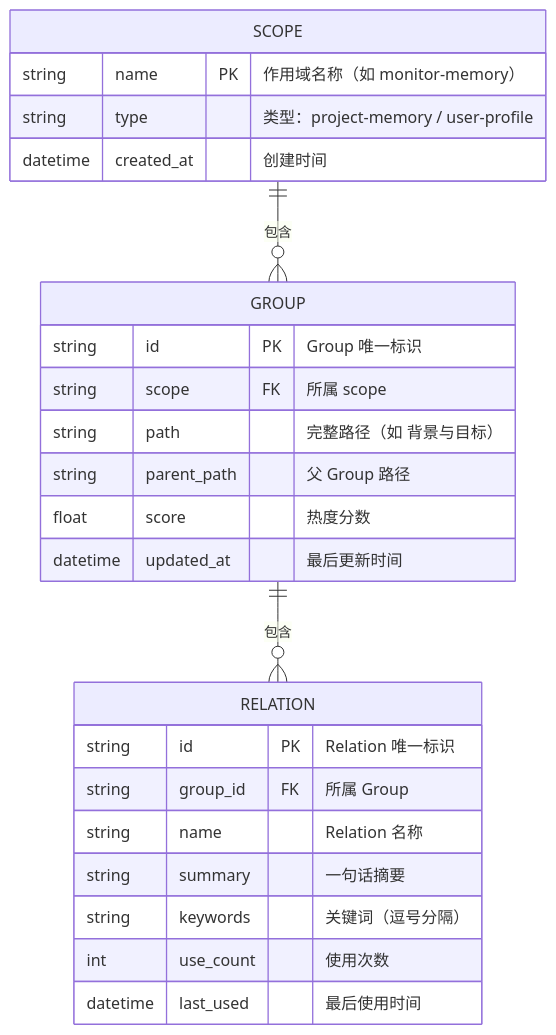
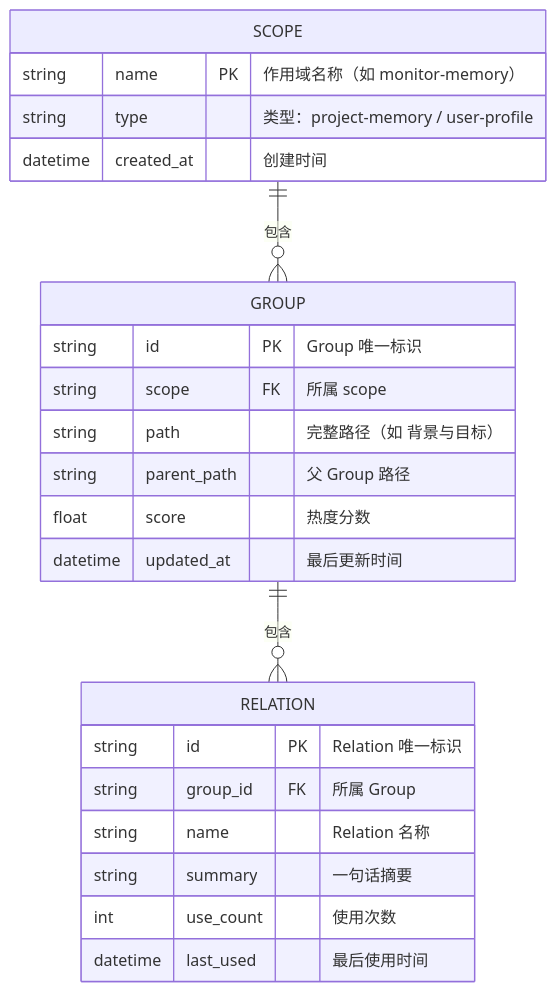
Before and after one commit to HACK-WU/kisearch: the first of 5 diagrams in docs/memory-system-dataflow.md, drawn with Mermaid. The commit also changed 40 other files, not shown here.

````diff
--- a/docs/memory-system-dataflow.md
+++ b/docs/memory-system-dataflow.md
@@ -47,30 +47,29 @@
 ```mermaid
 erDiagram
     SCOPE ||--o{ GROUP : "包含"
     GROUP ||--o{ RELATION : "包含"
 
     SCOPE {
         string name PK "作用域名称（如 monitor-memory）"
         string type "类型：project-memory / user-profile"
         datetime created_at "创建时间"
     }
 
     GROUP {
         string id PK "Group 唯一标识"
         string scope FK "所属 scope"
         string path "完整路径（如 背景与目标）"
         string parent_path "父 Group 路径"
         float score "热度分数"
         datetime updated_at "最后更新时间"
     }
 
     RELATION {
         string id PK "Relation 唯一标识"
         string group_id FK "所属 Group"
         string name "Relation 名称"
         string summary "一句话摘要"
-        string keywords "关键词（逗号分隔）"
         int use_count "使用次数"
         datetime last_used "最后使用时间"
     }
 ```
````
